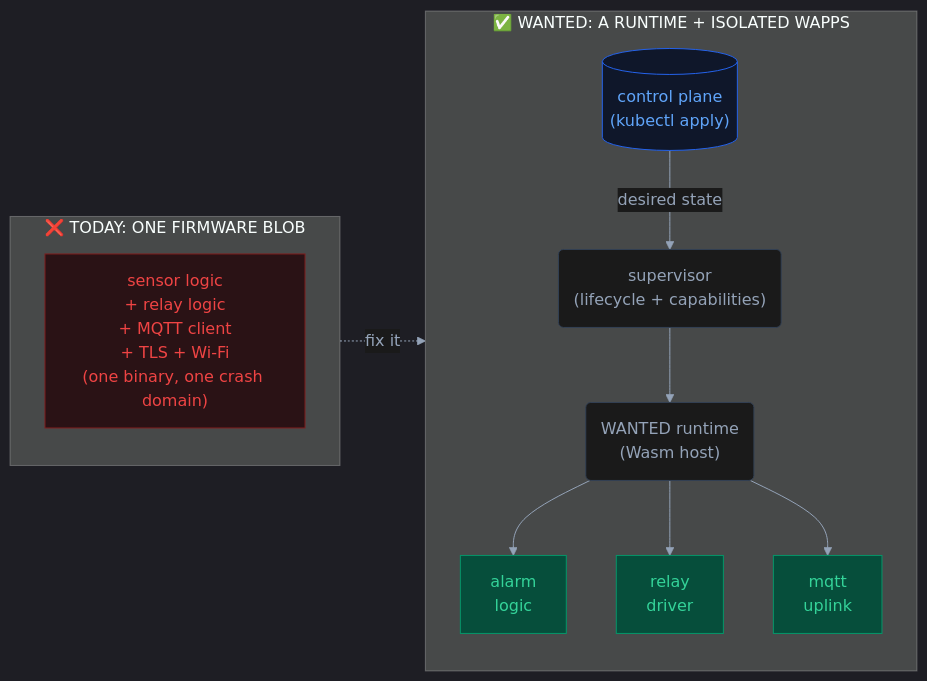
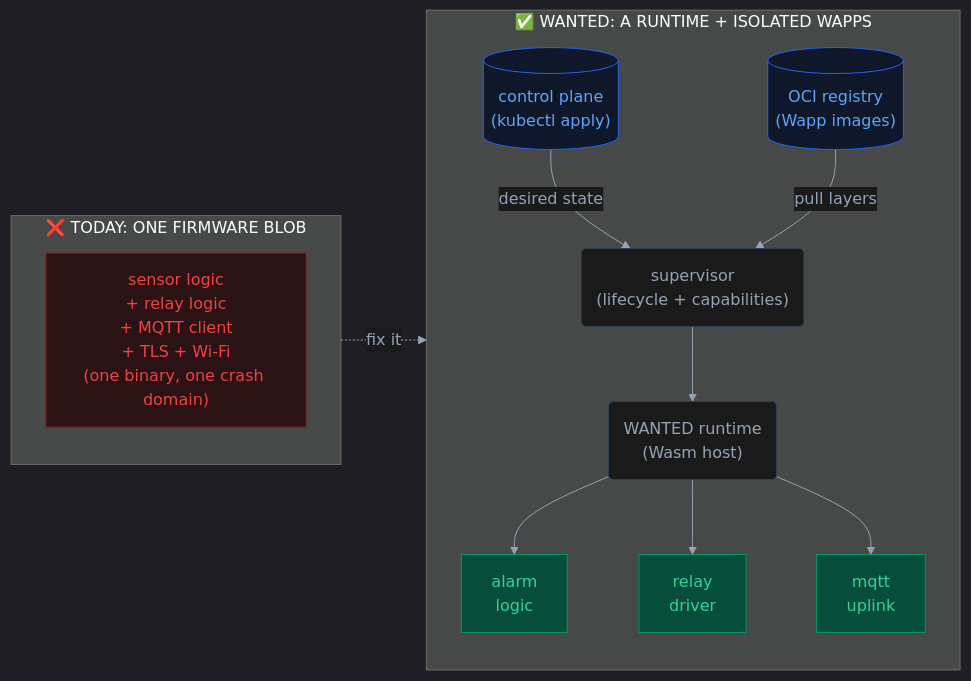
The diagram in content/post/2026-06-03_wanted_part1.md (mekops-labs/mekops.com), drawn with Mermaid before and after one commit. The commit also changed other lines of this file, not shown here.

````diff
--- a/content/post/2026-06-03_wanted_part1.md
+++ b/content/post/2026-06-03_wanted_part1.md
@@ -111,31 +136,33 @@
 ```mermaid
 %%{init: {'theme': 'dark', 'themeVariables': { 'primaryColor': '#1a1a1a', 'edgeLabelBackground':'#1a1a1a', 'tertiaryColor': '#94a3b8', 'lineColor': '#94a3b8', 'textColor': '#94a3b8'}}}%%
 graph LR
     classDef mono fill:#2a1215,stroke:#7f1d1d,stroke-width:1px,color:#ef4444;
     classDef host fill:#1a1a1a,stroke:#334155,stroke-width:1px,color:#94a3b8;
     classDef wapp fill:#064e3b,stroke:#059669,stroke-width:1px,color:#34d399;
     classDef cloud fill:#0f172a,stroke:#2563eb,stroke-width:1px,color:#60a5fa;
 
     subgraph Before ["❌ TODAY: ONE FIRMWARE BLOB"]
         direction TB
         Blob["sensor logic<br/>+ relay logic<br/>+ MQTT client<br/>+ TLS + Wi-Fi<br/>(one binary, one crash domain)"]:::mono
     end
 
     subgraph After ["✅ WANTED: A RUNTIME + ISOLATED WAPPS"]
         direction TB
         Cloud[("control plane<br/>(kubectl apply)")]:::cloud
+        Registry[("OCI registry<br/>(Wapp images)")]:::cloud
         Sup("supervisor<br/>(lifecycle + capabilities)"):::host
         Runtime("WANTED runtime<br/>(Wasm host)"):::host
         W1["alarm<br/>logic"]:::wapp
         W2["relay<br/>driver"]:::wapp
         W3["mqtt<br/>uplink"]:::wapp
 
         Cloud -->|desired state| Sup
+        Registry -->|pull layers| Sup
         Sup --> Runtime
         Runtime --> W1
         Runtime --> W2
         Runtime --> W3
     end
 
     Before -.->|fix it| After
 ```
````
